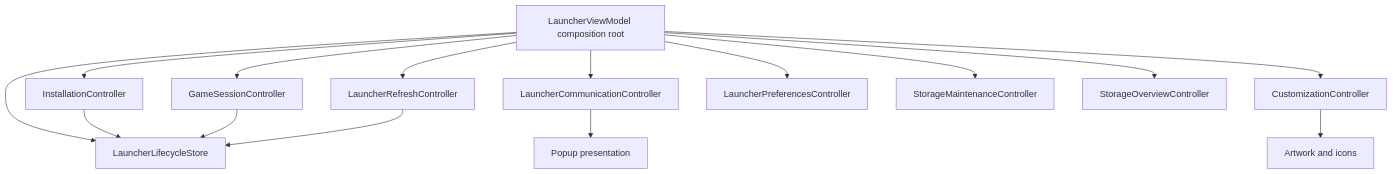
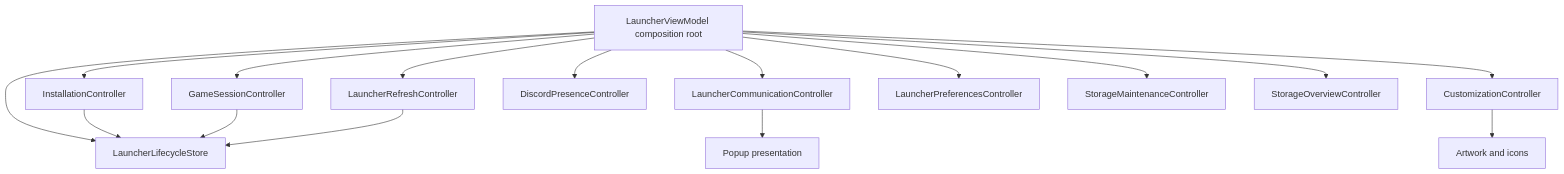
Before and after one commit to LuMiSxh/Arknights-MacOS-Client: the second of 2 diagrams in docs/development/architecture/README.md, drawn with Mermaid. The commit also changed other lines of this file and 24 other files, not shown here.

````diff
--- a/docs/development/architecture/README.md
+++ b/docs/development/architecture/README.md
@@ -71,17 +72,18 @@
 ```mermaid
 flowchart TD
 	Root[LauncherViewModel composition root] --> Lifecycle[LauncherLifecycleStore]
 	Root --> Installation[InstallationController]
 	Root --> Session[GameSessionController]
 	Root --> Refresh[LauncherRefreshController]
 	Root --> Communication[LauncherCommunicationController]
+	Root --> Presence[DiscordPresenceController]
 	Root --> Customization[CustomizationController]
 	Root --> Preferences[LauncherPreferencesController]
 	Root --> Storage[StorageMaintenanceController]
 	Root --> StorageOverview[StorageOverviewController]
 	Installation --> Lifecycle
 	Session --> Lifecycle
 	Refresh --> Lifecycle
 	Communication --> Popup[Popup presentation]
 	Customization --> Artwork[Artwork and icons]
 ```
````
